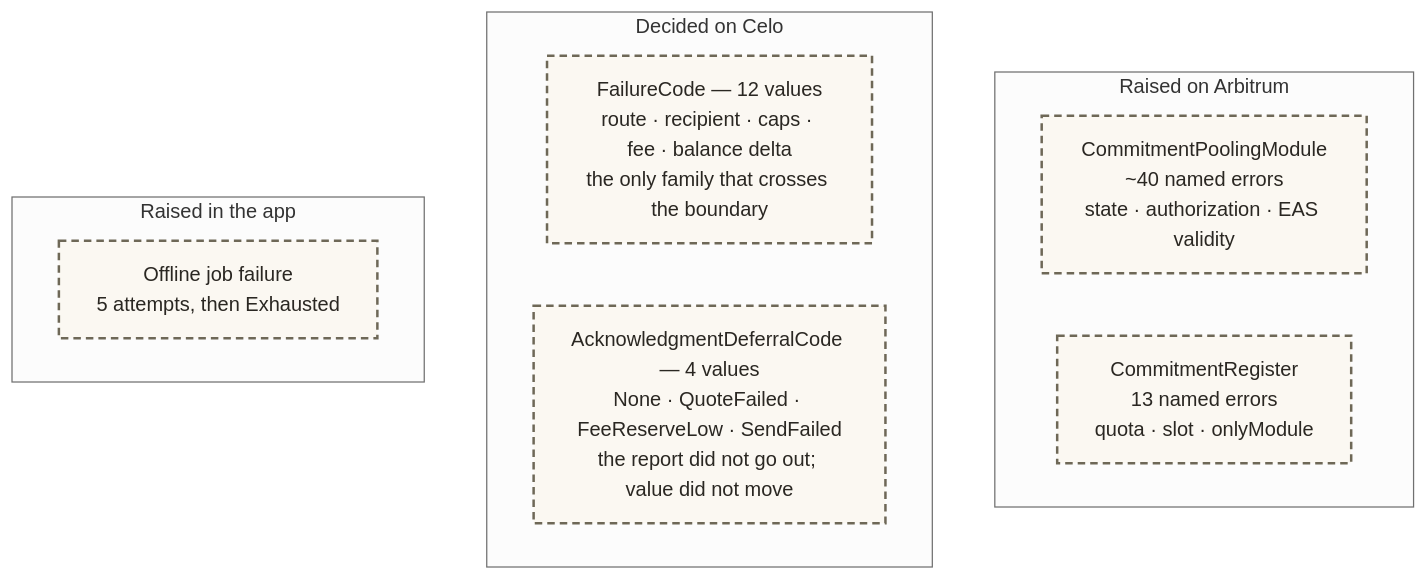
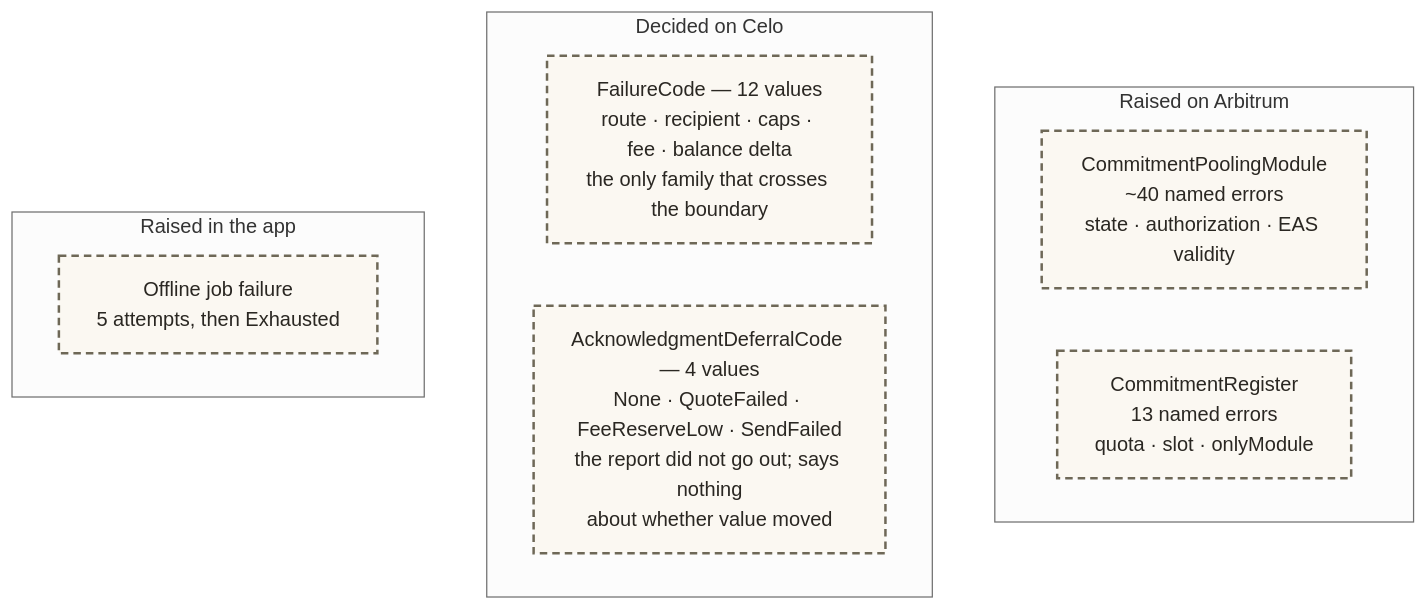
One commit to greenpill-dev-guild/green-goods changed diagram 32 of 34 in .plans/active/commitment-pooling/diagrams.md. Above: the diagram before and after it, drawn with Mermaid (neutral theme). The commit also changed other lines of this file and 3 other files, not shown here.

````diff
--- a/.plans/active/commitment-pooling/diagrams.md
+++ b/.plans/active/commitment-pooling/diagrams.md
@@ -1592,17 +1592,17 @@
 ```mermaid
 flowchart TB
   subgraph ONARB["Raised on Arbitrum"]
     E1["CommitmentPoolingModule<br/>~40 named errors<br/>state · authorization · EAS validity"]
     E2["CommitmentRegister<br/>13 named errors<br/>quota · slot · onlyModule"]
   end
   subgraph ONCELO["Decided on Celo"]
     E3["FailureCode — 12 values<br/>route · recipient · caps · fee · balance delta<br/>the only family that crosses the boundary"]
-    E4["AcknowledgmentDeferralCode — 4 values<br/>None · QuoteFailed · FeeReserveLow · SendFailed<br/>the report did not go out; value did not move"]
+    E4["AcknowledgmentDeferralCode — 4 values<br/>None · QuoteFailed · FeeReserveLow · SendFailed<br/>the report did not go out; says nothing<br/>about whether value moved"]
   end
   subgraph INAPP["Raised in the app"]
     E5["Offline job failure<br/>5 attempts, then Exhausted"]
   end
 
   classDef planned fill:#fbf8f2,stroke:#6e6857,stroke-width:2px,stroke-dasharray:6 4,color:#2a2722
   class E1,E2,E3,E4,E5 planned
 ```
````
